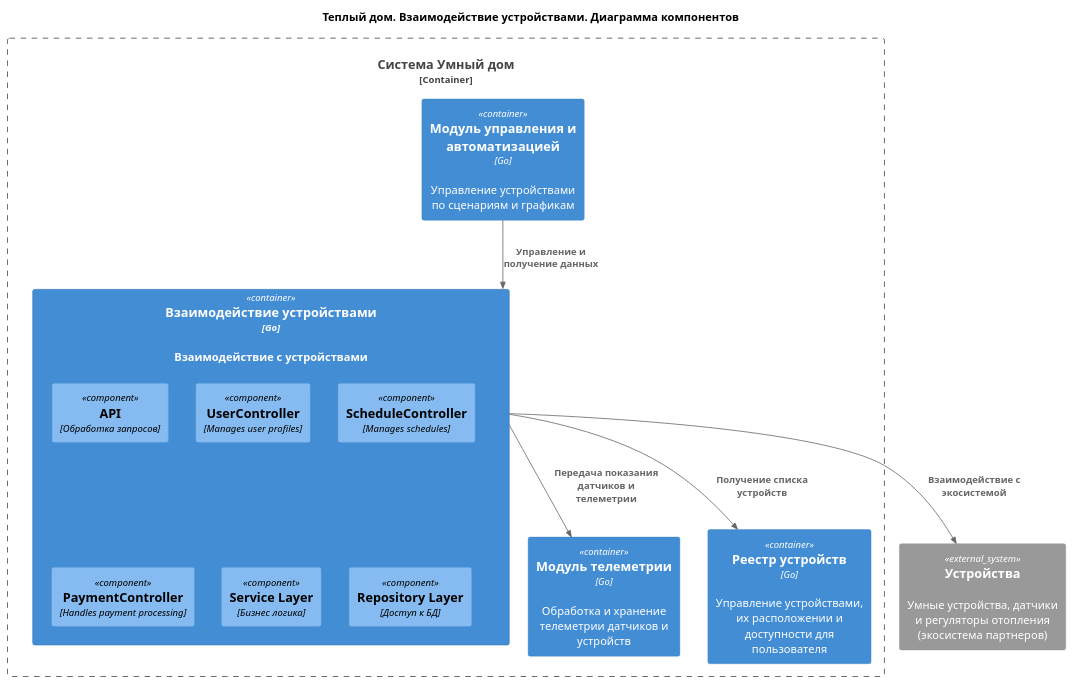
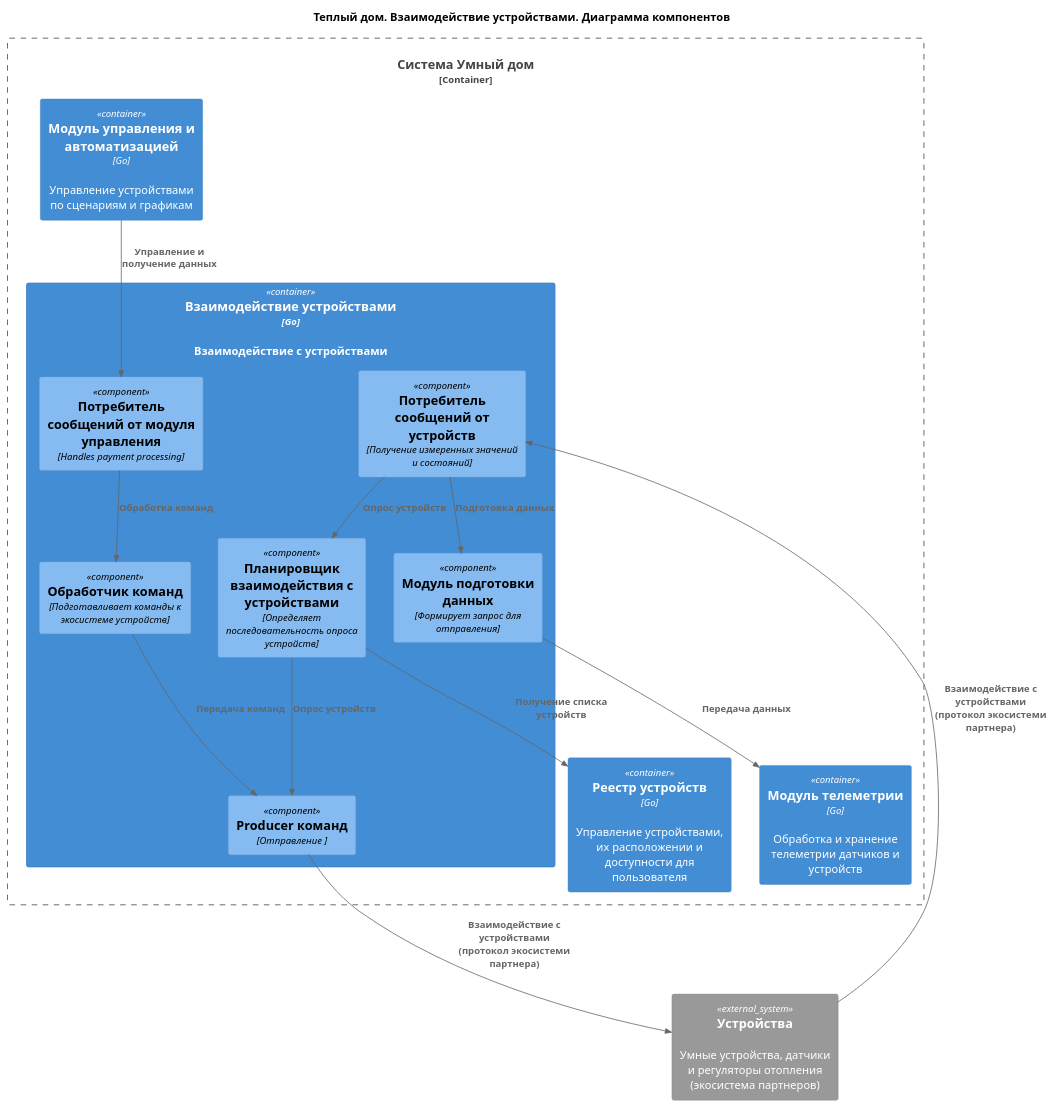
One commit to binaril/architecture-warmhouse changed the diagram in diagrams/C4.Component.DeviceControl.puml. Above: the diagram before and after it, drawn with PlantUML. The commit also changed 3 other files, not shown here.

Commit message:
Схемы компонентов готовы

```diff
--- a/diagrams/C4.Component.DeviceControl.puml
+++ b/diagrams/C4.Component.DeviceControl.puml
@@ -1,31 +1,37 @@
 @startuml
 title Теплый дом. Взаимодействие устройствами. Диаграмма компонентов
 
 top to bottom direction
 
 !includeurl https://raw.githubusercontent.com/RicardoNiepel/C4-PlantUML/master/C4_Component.puml
 
 
 Container_Boundary(SmartHouse, "Система Умный дом") {
   Container(Telemetry, "Модуль телеметрии", "Go", "Обработка и хранение телеметрии датчиков и устройств")
   Container(DeviceRepository, "Реестр устройств", "Go", "Управление устройствами, их расположении и доступности для пользователя")
   Container(Automatic, "Модуль управления и автоматизацией", "Go", "Управление устройствами по сценариям и графикам")
   Container(DeviceControl, "Взаимодействие устройствами", "Go", "Взаимодействие с устройствами")    
 }
 
 System_Ext(SmartDevice, "Устройства", "Умные устройства, датчики и регуляторы отопления (экосистема партнеров)")
 
 Container(DeviceControl, "Взаимодействие устройствами", "Go") {
-  Component(ApiHandler, "API", "Обработка запросов")
-  Component(PollingCircle, "UserController", "Manages user profiles")
-  Component(ScheduleController, "ScheduleController", "Manages schedules")
-  Component(PaymentController, "PaymentController", "Handles payment processing")
-  Component(Aggragator, "Service Layer", "Бизнес логика")
-  Component(RepositoryLayer, "Repository Layer", "Доступ к БД")
+  Component(CommandWrapper, "Обработчик команд", "Подготавливает команды к экосистеме устройств")
+  Component(DataSender, "Модуль подготовки данных", "Формирует запрос для отправления")
+  Component(Scheduler, "Планировщик взаимодействия с устройствами", "Определяет последовательность опроса устройств")
+  Component(AutomaticConsumer, "Потребитель сообщений от модуля управления", "Handles payment processing")
+  Component(DeviceProducer, "Producer команд", "Отправление ")
+  Component(DeviceConsumer, "Потребитель сообщений от устройств", "Получение измеренных значений и состояний")
 }
 
-Rel(Automatic, DeviceControl, "Управление и получение данных")
-Rel(DeviceControl, DeviceRepository, "Получение списка устройств")
-Rel(DeviceControl, Telemetry, "Передача показания датчиков и телеметрии")
-Rel(DeviceControl,SmartDevice,"Взаимодействие с экосистемой")
+Rel(Automatic, AutomaticConsumer, "Управление и получение данных")
+Rel(AutomaticConsumer, CommandWrapper, "Обработка команд")
+Rel(CommandWrapper, DeviceProducer, "Передача команд")
+Rel(Scheduler, DeviceRepository, "Получение списка устройств")
+Rel(Scheduler, DeviceProducer, "Опрос устройств")
+Rel(DeviceConsumer, DataSender, "Подготовка данных")
+Rel(DataSender, Telemetry, "Передача данных")
+Rel(DeviceConsumer, Scheduler, "Опрос устройств")
+Rel(SmartDevice,DeviceConsumer,"Взаимодействие с устройствами (протокол экосистеми партнера)")
+Rel(DeviceProducer,SmartDevice,"Взаимодействие с устройствами (протокол экосистеми партнера)")
 @enduml
```
